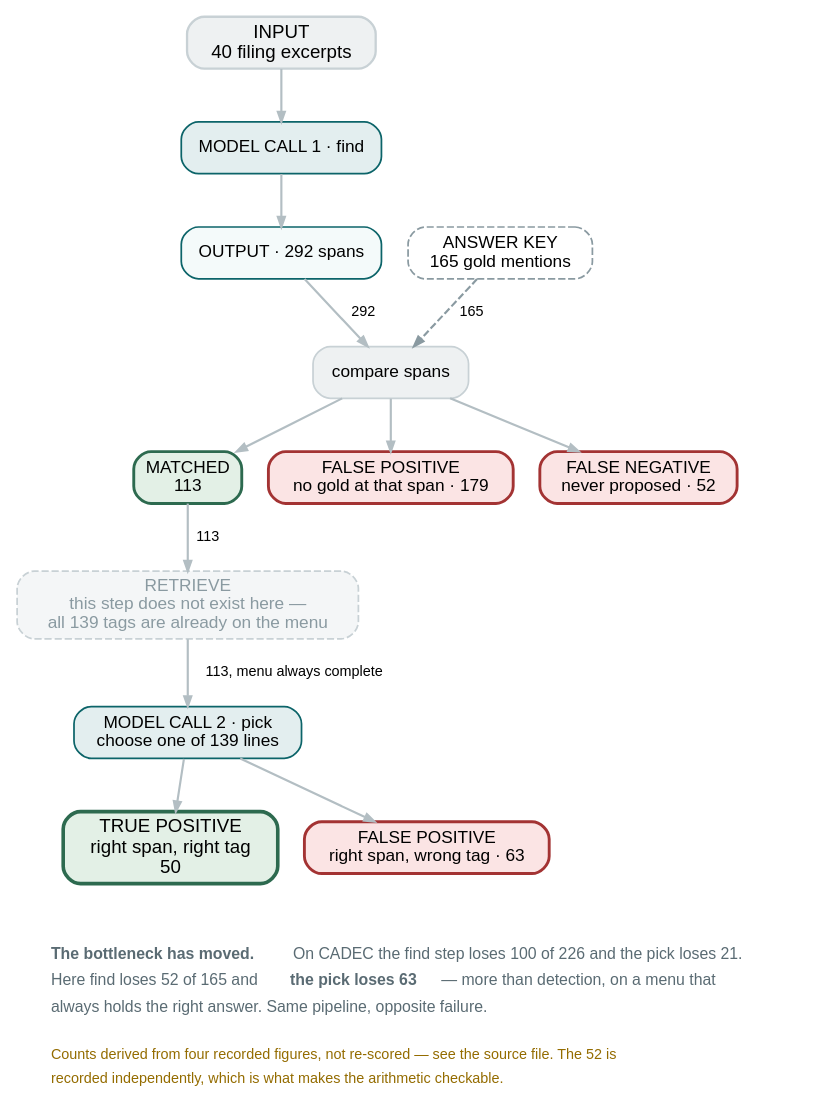
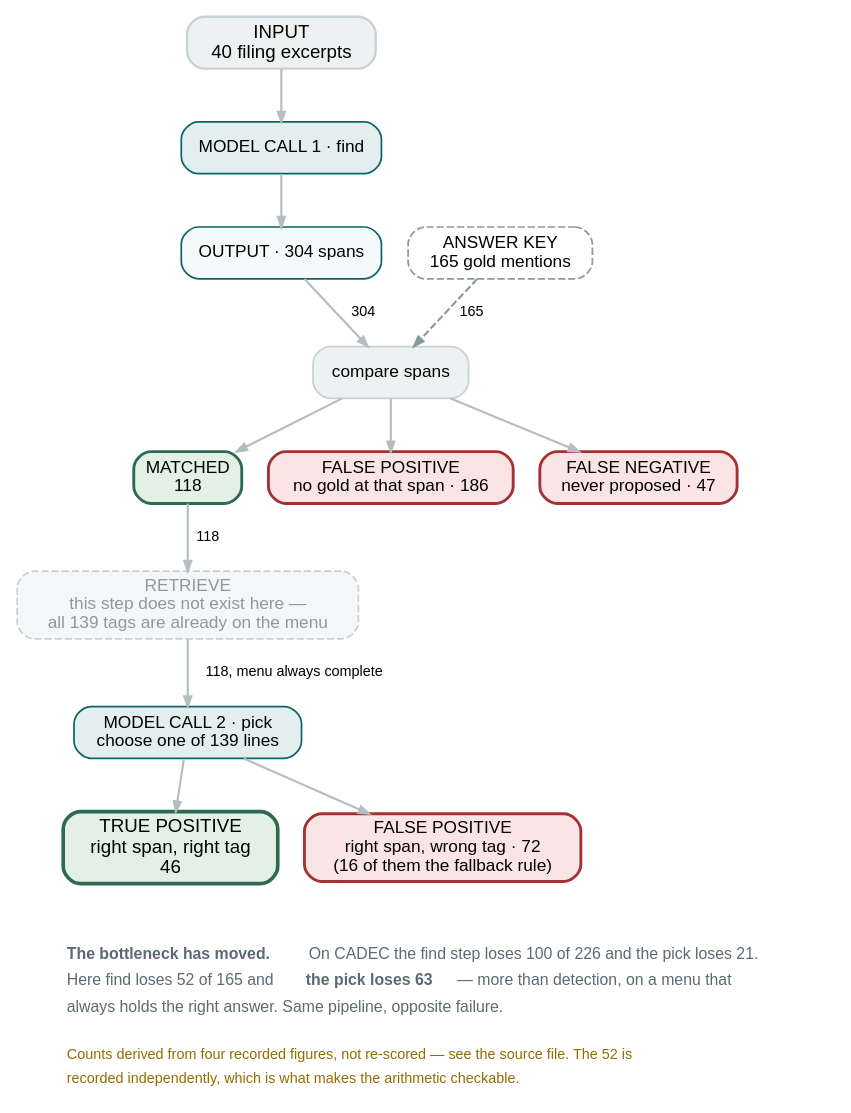
Before and after one commit to wbagais/reliability-ladder: the diagram in docs/figures/fig12-finer-funnel.dot, drawn with Graphviz. The commit also changed 1 other file, not shown here.

Commit message:
fig 5: FiNER funnel measured from the base run, fallback lane named

```diff
--- a/docs/figures/fig12-finer-funnel.dot
+++ b/docs/figures/fig12-finer-funnel.dot
@@ -1,59 +1,57 @@
 // FiNER's counterpart to fig9-funnel: where the answers go, same three stages
 // minus the one this corpus does not have.
 //
-// EVERY COUNT IS DERIVED, NOT RE-SCORED. data/finer is in no checkout, so the
-// records cannot be paired against gold again. The four inputs are recorded in
-// docs/decisions.md (2026-08-30, finer-full-3): 165 gold, 292 predictions,
-// detection recall 0.685, coding accuracy 0.446. The rest is multiplication,
-// and it closes: 165*0.685 = 113 found, leaving 52 missed — which matches the
-// "52 never-touched gold" the same entry records independently. 113*0.446 = 50
-// correct, and 50/165 = 0.303, the published recall.
+// EVERY COUNT IS MEASURED (2026-09-03): ladder/analysis.error_budget over
+// rerun-finer-d0 — draws 1 and 2 are the same file — against the 165 scorable
+// gold mentions, span-exact, out/rerun/finer.json. Of the 72 pick losses, 56
+// are the model's choice and 16 are rung 0's fallback rule writing menu line
+// one (alphabetical) onto a mention the pick reply skipped.
 //
 // COLOUR KEY — as fig9-funnel:
 //   teal a model runs here · green correct · red wrong or lost · grey a stage
 digraph finer_funnel {
   rankdir=TB; bgcolor="white";
   node [shape=box style="filled,rounded" fontname="Helvetica" fontsize=12
         color="#c8d1d5" penwidth=1.2];
   edge [color="#b3bec3" penwidth=1.5 arrowsize=0.7 fontname="Helvetica" fontsize=10];
 
   input [label="INPUT\n40 filing excerpts" fillcolor="#eef1f2" fontsize=13 penwidth=1.6];
   find  [label="MODEL CALL 1 · find" fillcolor="#e3eeef" color="#0c6469"];
-  out1  [label="OUTPUT · 292 spans" fillcolor="#f4fafa" color="#0c6469"];
+  out1  [label="OUTPUT · 304 spans" fillcolor="#f4fafa" color="#0c6469"];
   key   [label="ANSWER KEY\n165 gold mentions" fillcolor="#ffffff" color="#8a9aa1"
          style="dashed,rounded"];
   cmp   [label="compare spans" fillcolor="#eef1f2"];
 
-  found [label="MATCHED\n113" fillcolor="#e3f0e6" color="#2d6a4f" penwidth=2];
-  fp1   [label="FALSE POSITIVE\nno gold at that span · 179" fillcolor="#fbe4e4" color="#a33333" penwidth=2];
-  fn1   [label="FALSE NEGATIVE\nnever proposed · 52" fillcolor="#fbe4e4" color="#a33333" penwidth=2];
+  found [label="MATCHED\n118" fillcolor="#e3f0e6" color="#2d6a4f" penwidth=2];
+  fp1   [label="FALSE POSITIVE\nno gold at that span · 186" fillcolor="#fbe4e4" color="#a33333" penwidth=2];
+  fn1   [label="FALSE NEGATIVE\nnever proposed · 47" fillcolor="#fbe4e4" color="#a33333" penwidth=2];
 
   ret   [label="RETRIEVE\nthis step does not exist here —\nall 139 tags are already on the menu"
          fillcolor="#f4f6f7" color="#c8d1d5" style="filled,rounded,dashed" fontcolor="#8a9aa1"];
 
   pick  [label="MODEL CALL 2 · pick\nchoose one of 139 lines" fillcolor="#e3eeef" color="#0c6469"];
-  tp    [label="TRUE POSITIVE\nright span, right tag\n50" fillcolor="#e3f0e6" color="#2d6a4f" penwidth=2.5 fontsize=13];
-  fp2   [label="FALSE POSITIVE\nright span, wrong tag · 63" fillcolor="#fbe4e4" color="#a33333" penwidth=2];
+  tp    [label="TRUE POSITIVE\nright span, right tag\n46" fillcolor="#e3f0e6" color="#2d6a4f" penwidth=2.5 fontsize=13];
+  fp2   [label="FALSE POSITIVE\nright span, wrong tag · 72\n(16 of them the fallback rule)" fillcolor="#fbe4e4" color="#a33333" penwidth=2];
 
   input -> find -> out1;
-  out1 -> cmp [label="  292"]; key -> cmp [label="  165  " style=dashed color="#8a9aa1"];
+  out1 -> cmp [label="  304"]; key -> cmp [label="  165  " style=dashed color="#8a9aa1"];
   cmp -> found; cmp -> fp1; cmp -> fn1;
-  found -> ret [label="  113"];
-  ret -> pick [label="  113, menu always complete"];
+  found -> ret [label="  118"];
+  ret -> pick [label="  118, menu always complete"];
   pick -> tp; pick -> fp2;
 
   { rank=same; out1; key }
   { rank=same; fn1; found; fp1 }
   { rank=same; tp; fp2 }
 
   note [shape=plaintext style="" fillcolor="white"
         label=<<TABLE BORDER="0" CELLBORDER="0" CELLSPACING="0" CELLPADDING="3">
         <TR><TD ALIGN="LEFT"><FONT POINT-SIZE="11" COLOR="#5a6b73"><B>The bottleneck has moved.</B> On CADEC the find step loses 100 of 226 and the pick loses 21.</FONT></TD></TR>
         <TR><TD ALIGN="LEFT"><FONT POINT-SIZE="11" COLOR="#5a6b73">Here find loses 52 of 165 and <B>the pick loses 63</B> — more than detection, on a menu that</FONT></TD></TR>
         <TR><TD ALIGN="LEFT"><FONT POINT-SIZE="11" COLOR="#5a6b73">always holds the right answer. Same pipeline, opposite failure.</FONT></TD></TR>
         <TR><TD ALIGN="LEFT"><FONT POINT-SIZE="8"> </FONT></TD></TR>
         <TR><TD ALIGN="LEFT"><FONT POINT-SIZE="10.5" COLOR="#946c00">Counts derived from four recorded figures, not re-scored — see the source file. The 52 is</FONT></TD></TR>
         <TR><TD ALIGN="LEFT"><FONT POINT-SIZE="10.5" COLOR="#946c00">recorded independently, which is what makes the arithmetic checkable.</FONT></TD></TR>
         </TABLE>>];
   fp2 -> note [style=invis];
 }
```
